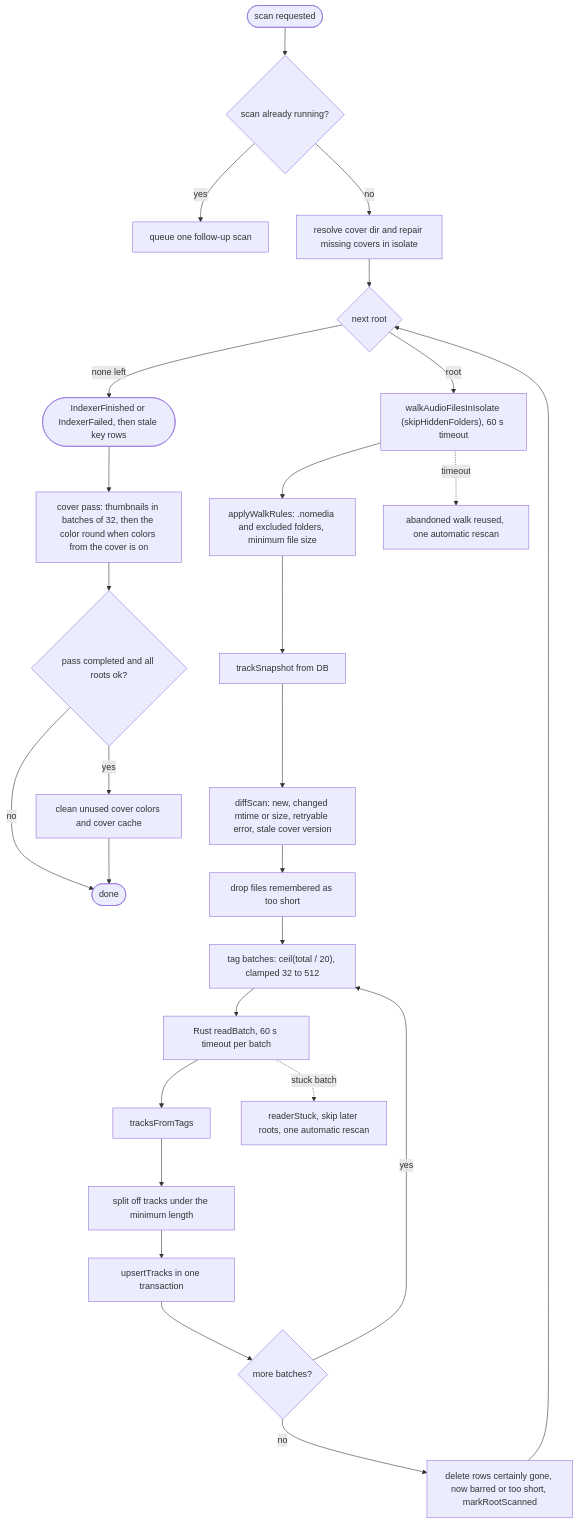
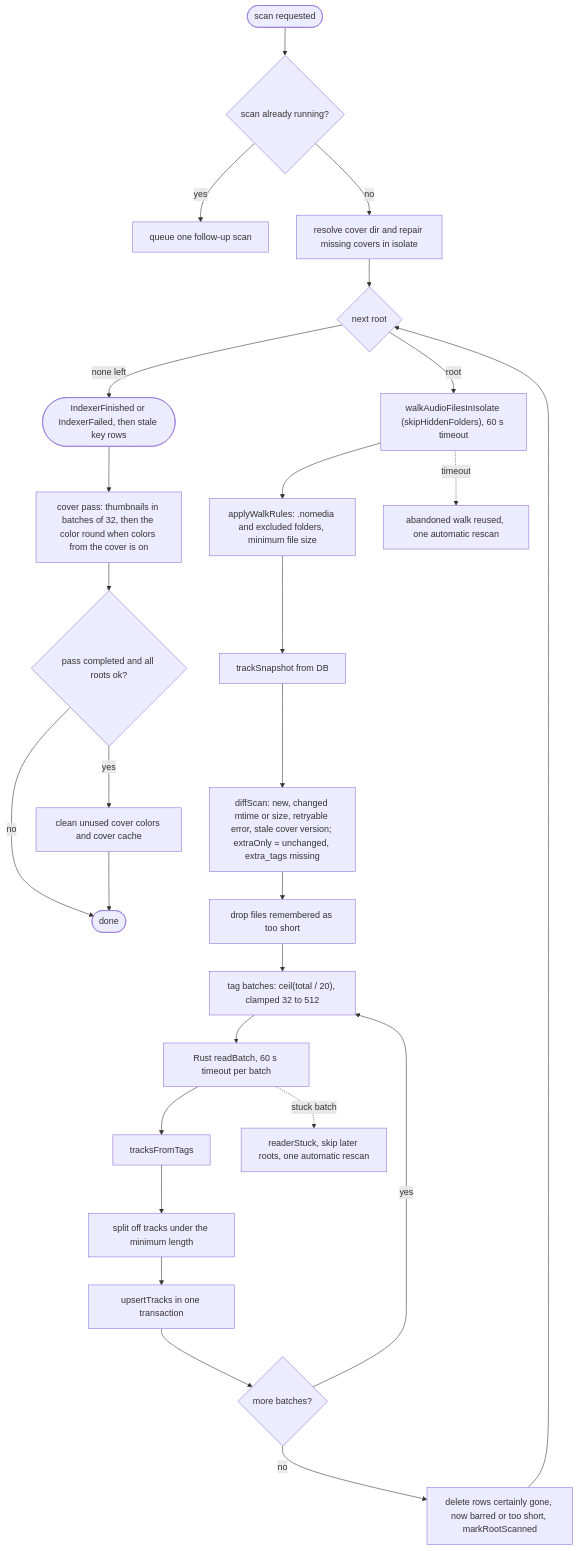
One commit to kanaru313/kanaru changed the diagram in docs/system-architecture-library.md. Above: the diagram before and after it, drawn with Mermaid. The commit also changed other lines of this file and 23 other files, not shown here.

Commit message:
feat(library): store extra tags as JSON and backfill them on scan

````diff
--- a/docs/system-architecture-library.md
+++ b/docs/system-architecture-library.md
@@ -11,31 +11,31 @@
 ```mermaid
 flowchart TD
     Start(["scan requested"]) --> Busy{"scan already running?"}
     Busy -- yes --> Follow["queue one follow-up scan"]
     Busy -- no --> Covers["resolve cover dir and repair missing covers in isolate"]
     Covers --> Root{"next root"}
     Root -- none left --> Published(["IndexerFinished or IndexerFailed, then stale key rows"])
     Published --> Pass["cover pass: thumbnails in batches of 32, then the color round when colors from the cover is on"]
     Pass --> Clean{"pass completed and all roots ok?"}
     Clean -- yes --> CleanCovers["clean unused cover colors and cover cache"]
     Clean -- no --> Done(["done"])
     CleanCovers --> Done
 
     Root -- "root" --> Walk["walkAudioFilesInIsolate (skipHiddenFolders), 60 s timeout"]
     Walk --> Rules["applyWalkRules: .nomedia and excluded folders, minimum file size"]
     Rules --> Snap["trackSnapshot from DB"]
-    Snap --> Diff["diffScan: new, changed mtime or size, retryable error, stale cover version"]
+    Snap --> Diff["diffScan: new, changed mtime or size, retryable error, stale cover version; extraOnly = unchanged, extra_tags missing"]
     Diff --> Memo["drop files remembered as too short"]
     Memo --> Batches["tag batches: ceil(total / 20), clamped 32 to 512"]
     Batches --> Read["Rust readBatch, 60 s timeout per batch"]
     Read --> Map["tracksFromTags"]
     Map --> Short["split off tracks under the minimum length"]
     Short --> Upsert["upsertTracks in one transaction"]
     Upsert --> More{"more batches?"}
     More -- yes --> Batches
     More -- no --> Gone["delete rows certainly gone, now barred or too short, markRootScanned"]
     Gone --> Root
 
     Walk -. "timeout" .-> Stall["abandoned walk reused, one automatic rescan"]
     Read -. "stuck batch" .-> Stall2["readerStuck, skip later roots, one automatic rescan"]
 ```
````
